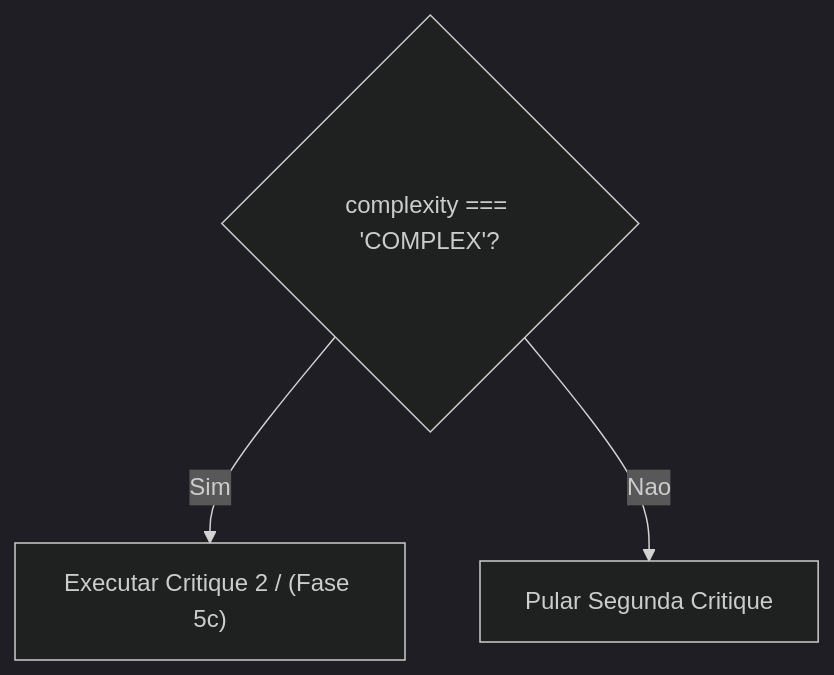
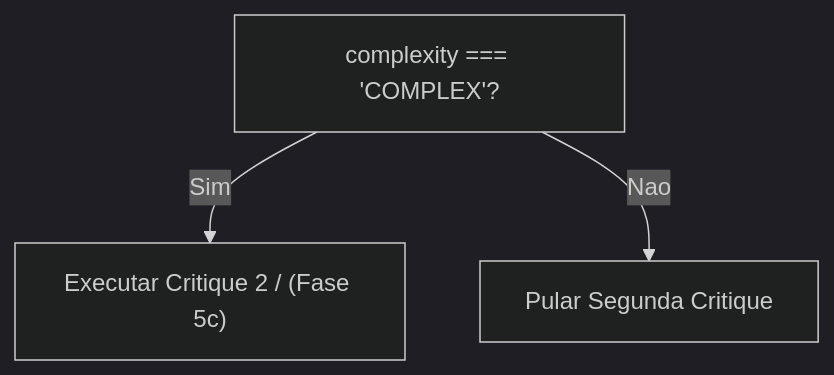
Diagram 16 of 17 in content/en/docs/guides/workflows/SPEC-PIPELINE-WORKFLOW.mdx (bychrisr/aios-docs), drawn with Mermaid (dark theme) before and after one commit. The commit also changed other lines of this file and 40 other files, not shown here.

````diff
--- a/content/en/docs/guides/workflows/SPEC-PIPELINE-WORKFLOW.mdx
+++ b/content/en/docs/guides/workflows/SPEC-PIPELINE-WORKFLOW.mdx
@@ -873,6 +873,6 @@
 ```mermaid
 flowchart TB
-    D5{"complexity === 'COMPLEX'?"}
+    D5["complexity === 'COMPLEX'?"]
     D5 -->|Sim| RUN["Executar Critique 2 / (Fase 5c)"]
     D5 -->|Nao| SKIP["Pular Segunda Critique"]
 ```
````
